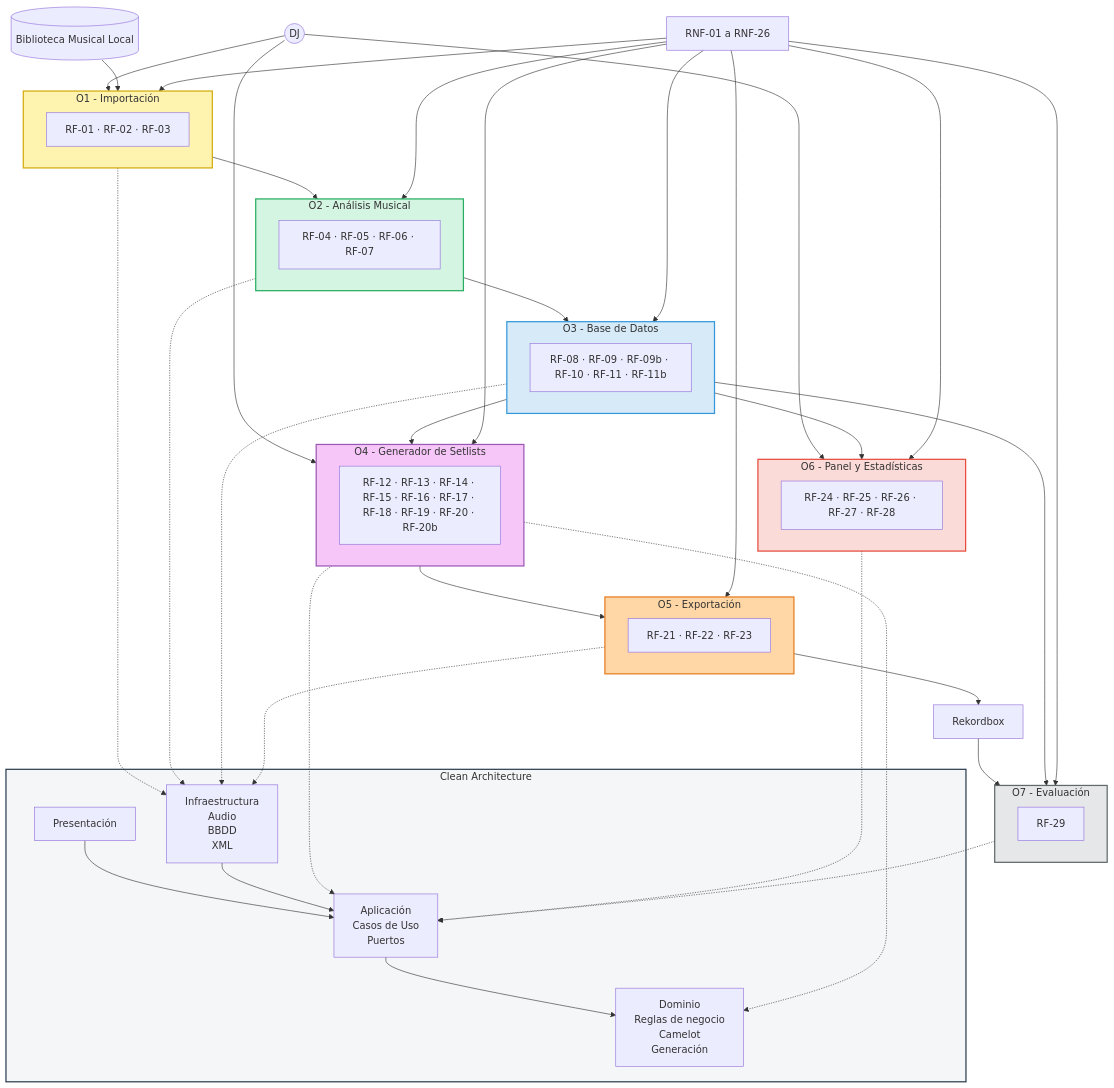
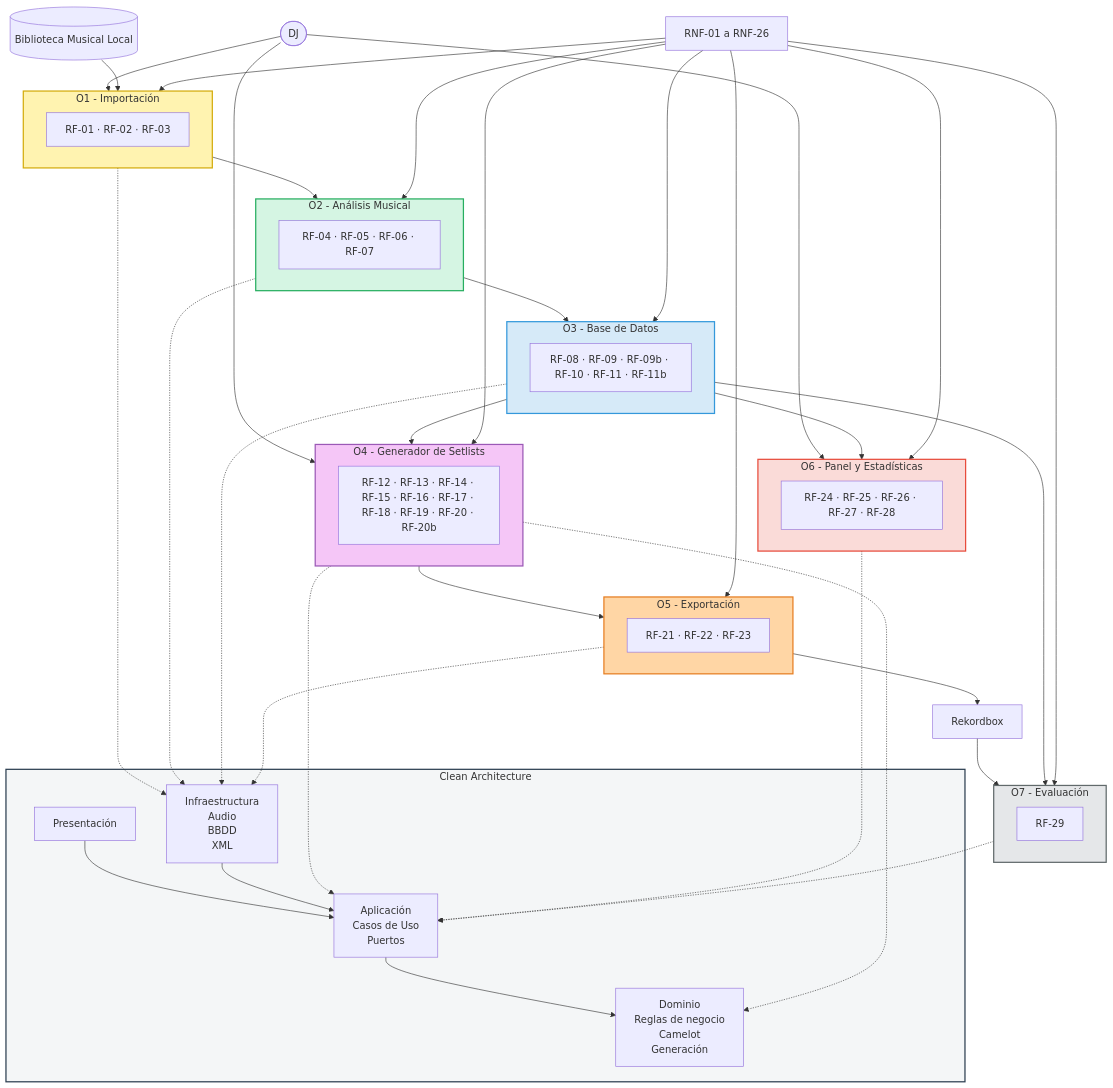
One commit to pabloo806/Trabajo-de-Fin-de-Grado changed the diagram in docs/memory/Book/diagrams/Clean-Arquitecture.md. Above: the diagram before and after it, drawn with Mermaid.

Commit message:
Update diagram syntax for DJ node in Clean Architecture

````diff
--- a/docs/memory/Book/diagrams/Clean-Arquitecture.md
+++ b/docs/memory/Book/diagrams/Clean-Arquitecture.md
@@ -1,7 +1,7 @@
 ```mermaid
 flowchart TB
 
-    DJ((DJ))
+    DJ([DJ])
 
     FS[(Biblioteca Musical Local)]
     RB[Rekordbox]
````
